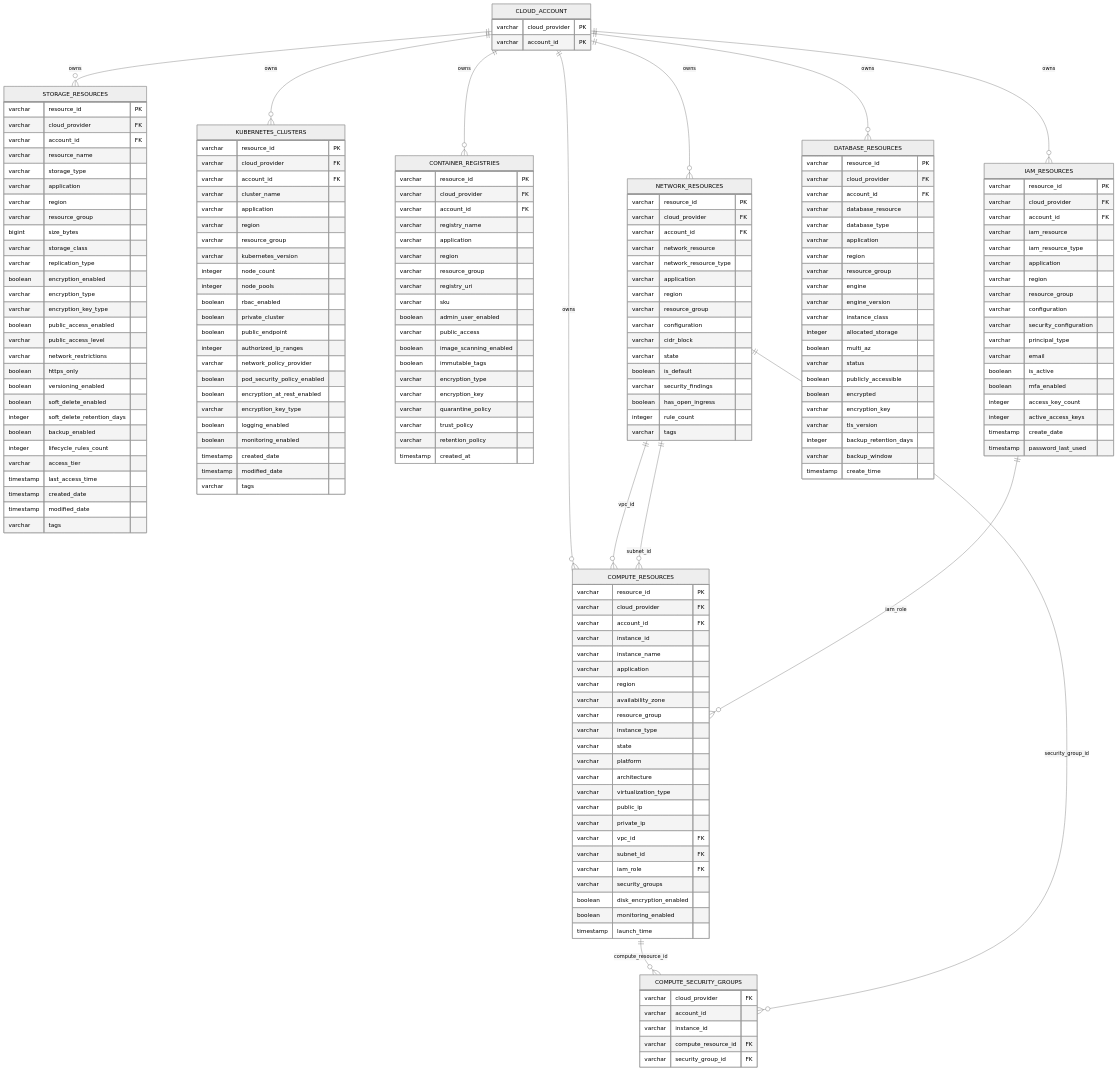
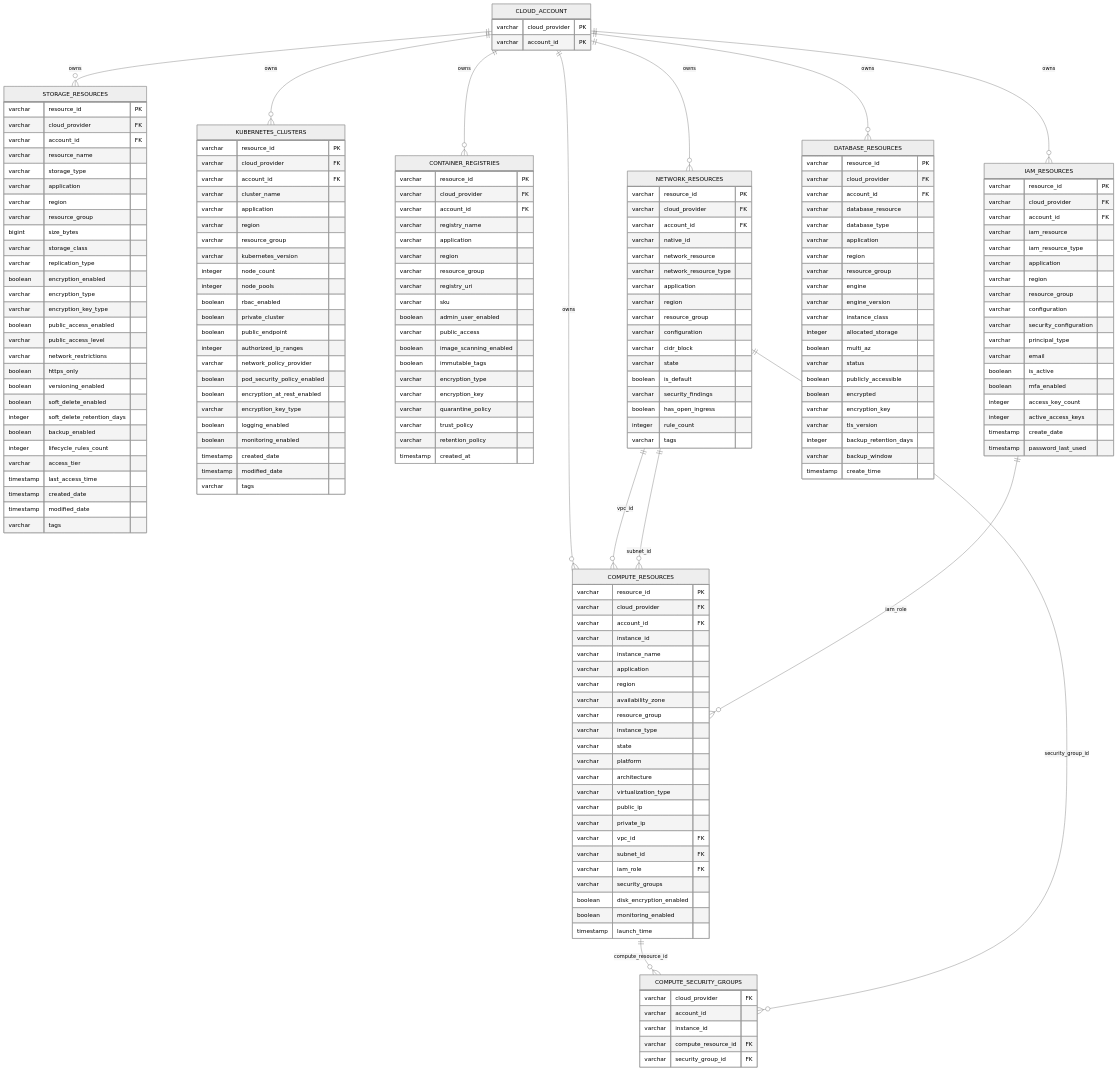
Before and after one commit to kenstott/calcite: the diagram in cloud-ops/docs/SCHEMA.md, drawn with Mermaid (neutral theme). The commit also changed other lines of this file and 5 other files, not shown here.

```diff
--- a/cloud-ops/docs/SCHEMA.md
+++ b/cloud-ops/docs/SCHEMA.md
@@ -288,6 +291,7 @@
         varchar resource_id PK
         varchar cloud_provider FK
         varchar account_id FK
+        varchar native_id
         varchar network_resource
         varchar network_resource_type
         varchar application
```
